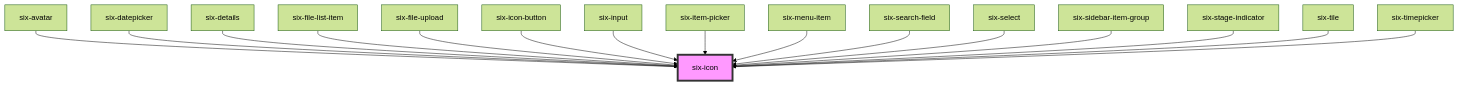
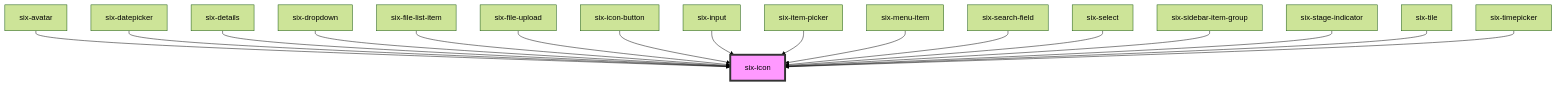
One commit to six-group/six-webcomponents changed the diagram in docs/components/six-icon.md. Above: the diagram before and after it, drawn with Mermaid (forest theme). The commit also changed other lines of this file and 129 other files, not shown here.

````diff
--- a/docs/components/six-icon.md
+++ b/docs/components/six-icon.md
@@ -290,19 +291,20 @@
 ```mermaid
 graph TD;
   six-avatar --> six-icon
   six-datepicker --> six-icon
   six-details --> six-icon
+  six-dropdown --> six-icon
   six-file-list-item --> six-icon
   six-file-upload --> six-icon
   six-icon-button --> six-icon
   six-input --> six-icon
   six-item-picker --> six-icon
   six-menu-item --> six-icon
   six-search-field --> six-icon
   six-select --> six-icon
   six-sidebar-item-group --> six-icon
   six-stage-indicator --> six-icon
   six-tile --> six-icon
   six-timepicker --> six-icon
   style six-icon fill:#f9f,stroke:#333,stroke-width:4px
 ```
````
